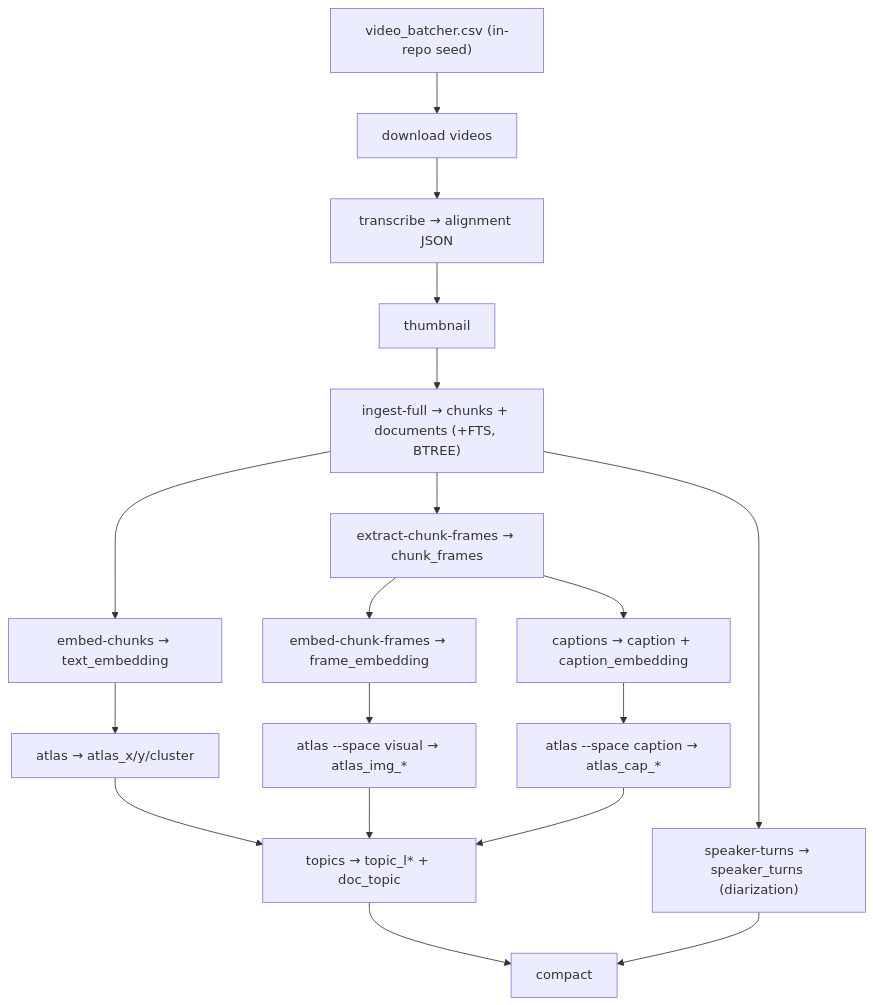
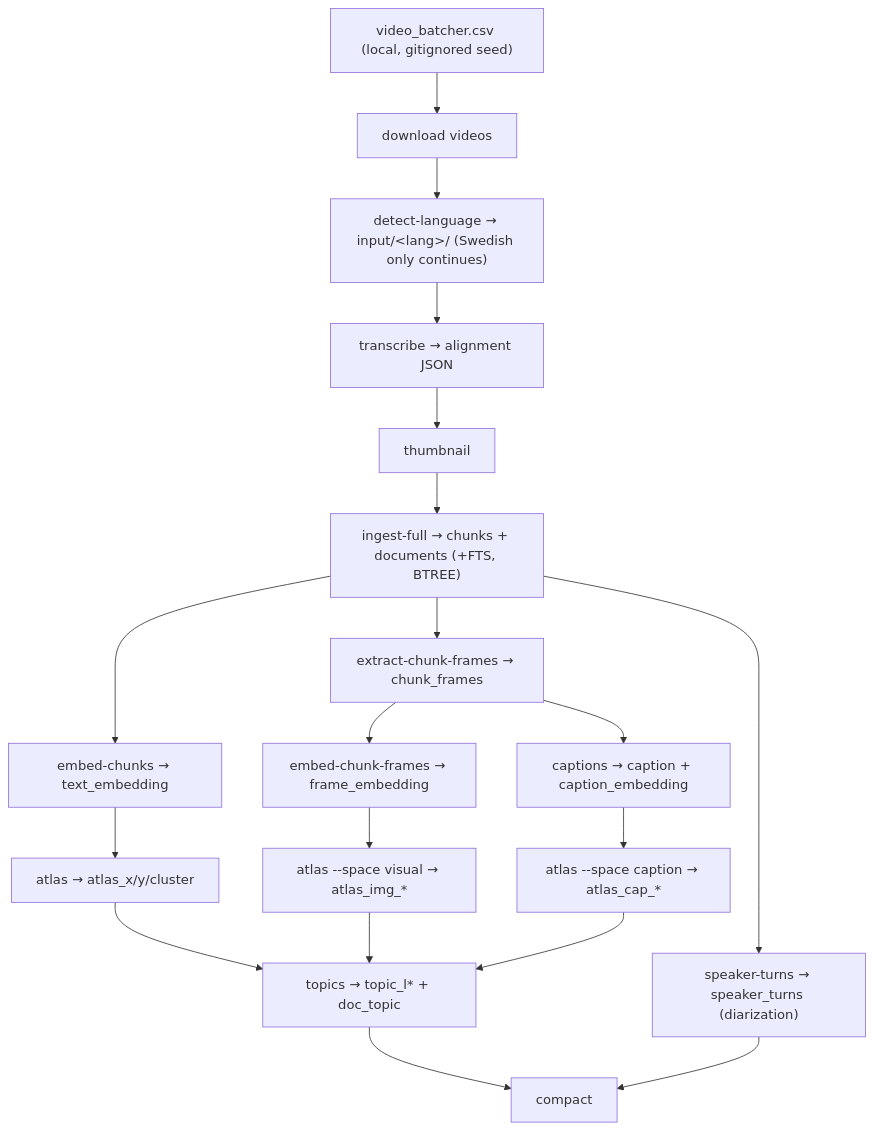
Before and after one commit to Borg93/lance-audio-demo: the diagram in docs/REPRODUCE.md, drawn with Mermaid. The commit also changed other lines of this file and 8 other files, not shown here.

````diff
--- a/docs/REPRODUCE.md
+++ b/docs/REPRODUCE.md
@@ -120,20 +120,21 @@
 ```mermaid
 flowchart TD
-    CSV["video_batcher.csv (in-repo seed)"] --> DL[download videos]
-    DL --> TR[transcribe → alignment JSON]
+    CSV["video_batcher.csv (local, gitignored seed)"] --> DL[download videos]
+    DL --> LANG["detect-language → input/&lt;lang&gt;/ (Swedish only continues)"]
+    LANG --> TR[transcribe → alignment JSON]
     TR --> TH[thumbnail]
     TH --> ING["ingest-full → chunks + documents (+FTS, BTREE)"]
     ING --> TE[embed-chunks → text_embedding]
     ING --> XF[extract-chunk-frames → chunk_frames]
     ING --> ST["speaker-turns → speaker_turns (diarization)"]
     XF --> FE[embed-chunk-frames → frame_embedding]
     XF --> CAP["captions → caption + caption_embedding"]
     TE --> AT[atlas → atlas_x/y/cluster]
     FE --> ATV[atlas --space visual → atlas_img_*]
     CAP --> ATC[atlas --space caption → atlas_cap_*]
     AT --> TOP[topics → topic_l* + doc_topic]
     ATV --> TOP
     ATC --> TOP
     TOP --> CO[compact]
     ST --> CO
 ```
````
